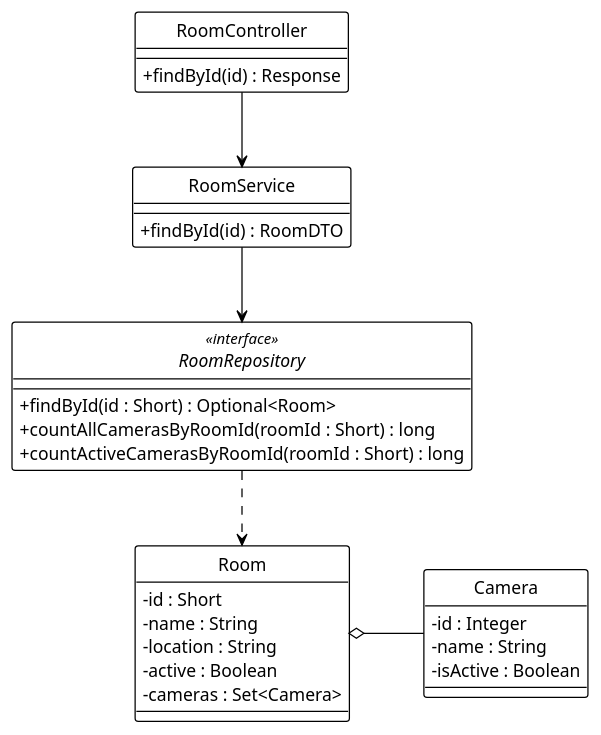
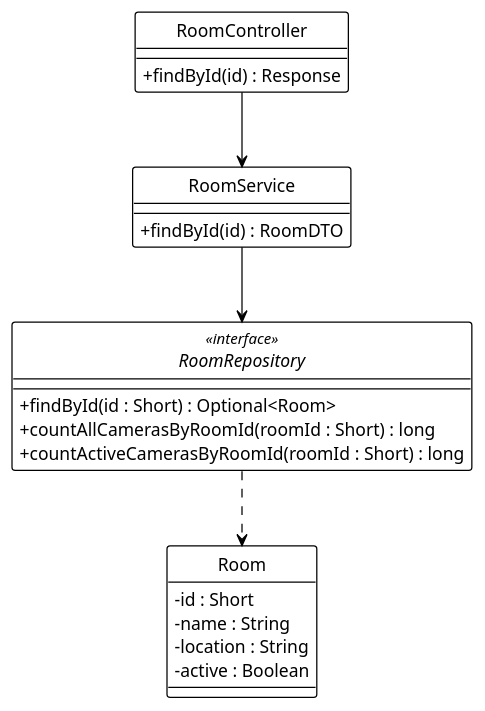
The diagram in system_detailed_design/56_view_room_details/class_diagram_view_room_details.puml (Ndh474/context), drawn with PlantUML before and after one commit. The commit also changed 14 other files, not shown here.

```diff
--- a/system_detailed_design/56_view_room_details/class_diagram_view_room_details.puml
+++ b/system_detailed_design/56_view_room_details/class_diagram_view_room_details.puml
@@ -1,53 +1,43 @@
 @startuml view_room_details
 !theme plain
 hide circle
 skinparam classAttributeIconSize 0
 
 ' --- CẤU HÌNH "ORTHO" (BẮT BUỘC) ---
 skinparam linetype ortho
 skinparam nodesep 60
 skinparam ranksep 60
 
 ' --- CONTROLLER ---
 class RoomController {
   + findById(id) : Response
 }
 
 ' --- SERVICE ---
 class RoomService {
   + findById(id) : RoomDTO
 }
 
 ' --- REPOSITORY ---
 interface RoomRepository <<interface>> {
   + findById(id : Short) : Optional<Room>
   + countAllCamerasByRoomId(roomId : Short) : long
   + countActiveCamerasByRoomId(roomId : Short) : long
 }
 
 ' --- ENTITIES ---
 class Room {
   - id : Short
   - name : String
   - location : String
   - active : Boolean
-  - cameras : Set<Camera>
-}
-
-class Camera {
-  - id : Integer
-  - name : String
-  - isActive : Boolean
 }
 
 ' --- DEPENDENCY INJECTION (Association) ---
 RoomController -down-> RoomService
 RoomService -down-> RoomRepository
 
 ' --- REPOSITORY USAGE (Dependency) ---
 RoomRepository .down.> Room
 
-' --- ENTITY RELATIONSHIPS (Aggregation) ---
-Room o-right- Camera
-
 @enduml
```
